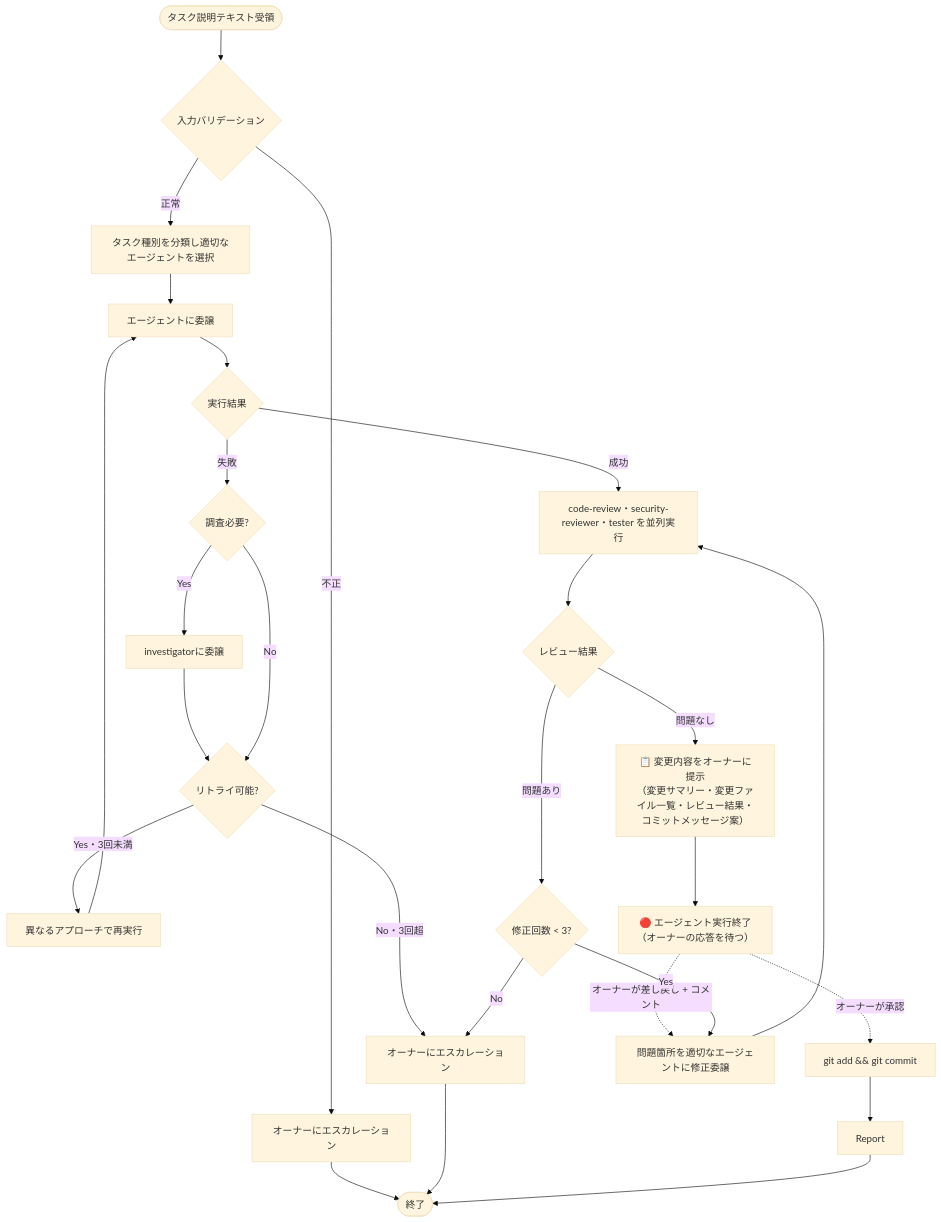
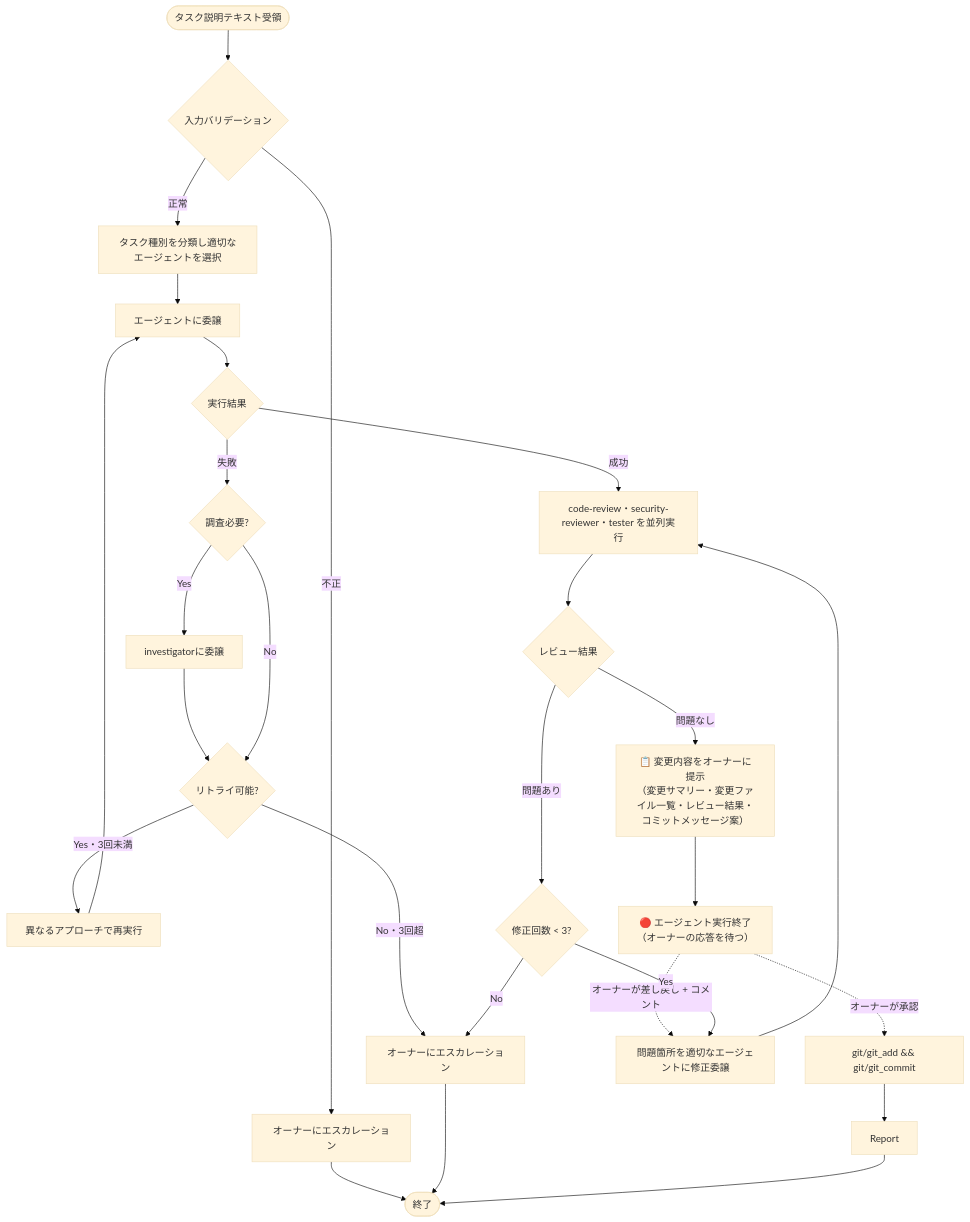
Before and after one commit to ichi-h/dotfiles: the diagram in nix/home/base/cli/copilot-cli/agents/quick-orchestrator.agent.md, drawn with Mermaid (base theme). The commit also changed other lines of this file and 1 other file, not shown here.

First line of the commit message:
refactor(agents): replace bash tool with MCP git tools in orchestrators

````diff
--- a/nix/home/base/cli/copilot-cli/agents/quick-orchestrator.agent.md
+++ b/nix/home/base/cli/copilot-cli/agents/quick-orchestrator.agent.md
@@ -36,35 +39,35 @@
 ```mermaid
 graph TB
     Start([タスク説明テキスト受領]) --> Validate{入力バリデーション}
     Validate -->|不正| EscalateInput[オーナーにエスカレーション]
     EscalateInput --> End([終了])
 
     Validate -->|正常| Classify[タスク種別を分類し適切なエージェントを選択]
 
     Classify --> Execute[エージェントに委譲]
     Execute --> Success{実行結果}
 
     Success -->|失敗| Investigate{調査必要?}
     Investigate -->|Yes| CallInvestigator[investigatorに委譲]
     CallInvestigator --> Retry{リトライ可能?}
     Investigate -->|No| Retry
     Retry -->|Yes・3回未満| Replan[異なるアプローチで再実行]
     Replan --> Execute
     Retry -->|No・3回超| Escalate[オーナーにエスカレーション]
     Escalate --> End
 
     Success -->|成功| ParallelReview["code-review・security-reviewer・tester を並列実行"]
     ParallelReview --> ReviewResult{レビュー結果}
     ReviewResult -->|問題なし| OwnerReport["📋 変更内容をオーナーに提示\n（変更サマリー・変更ファイル一覧・レビュー結果・コミットメッセージ案）"]
     OwnerReport --> EndRun["🔴 エージェント実行終了\n（オーナーの応答を待つ）"]
-    EndRun -.->|オーナーが承認| Commit["git add && git commit"]
+    EndRun -.->|オーナーが承認| Commit["git/git_add && git/git_commit"]
     EndRun -.->|オーナーが差し戻し + コメント| FixIssues
     Commit --> Report
 
     ReviewResult -->|問題あり| CheckRetry{修正回数 < 3?}
     CheckRetry -->|Yes| FixIssues[問題箇所を適切なエージェントに修正委譲]
     FixIssues --> ParallelReview
     CheckRetry -->|No| Escalate
 
     Report --> End
 ```
````
